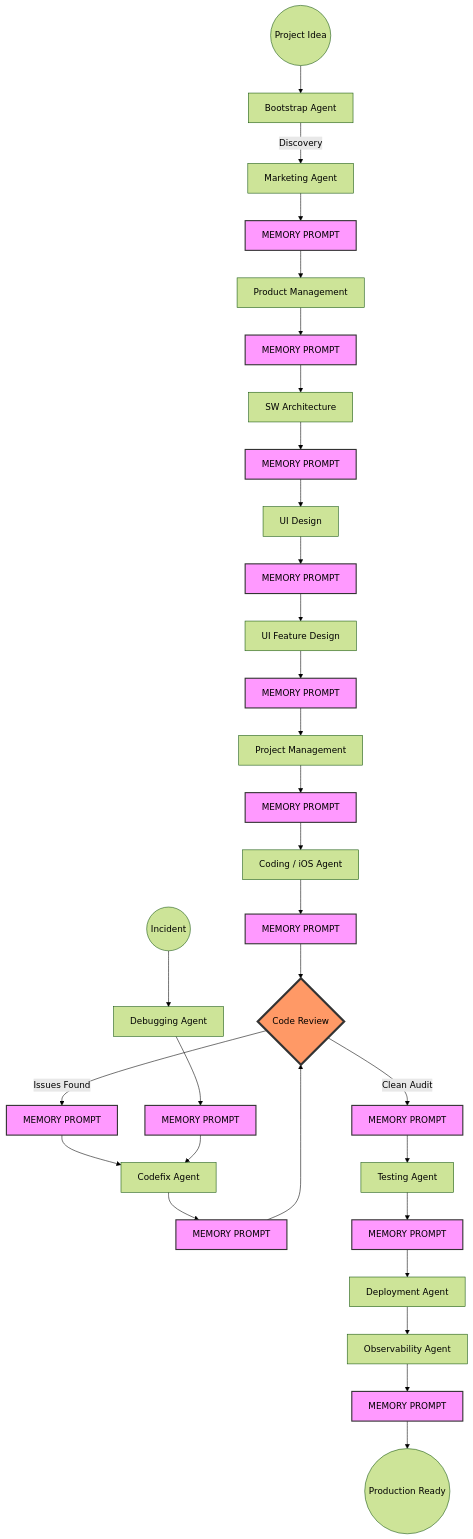
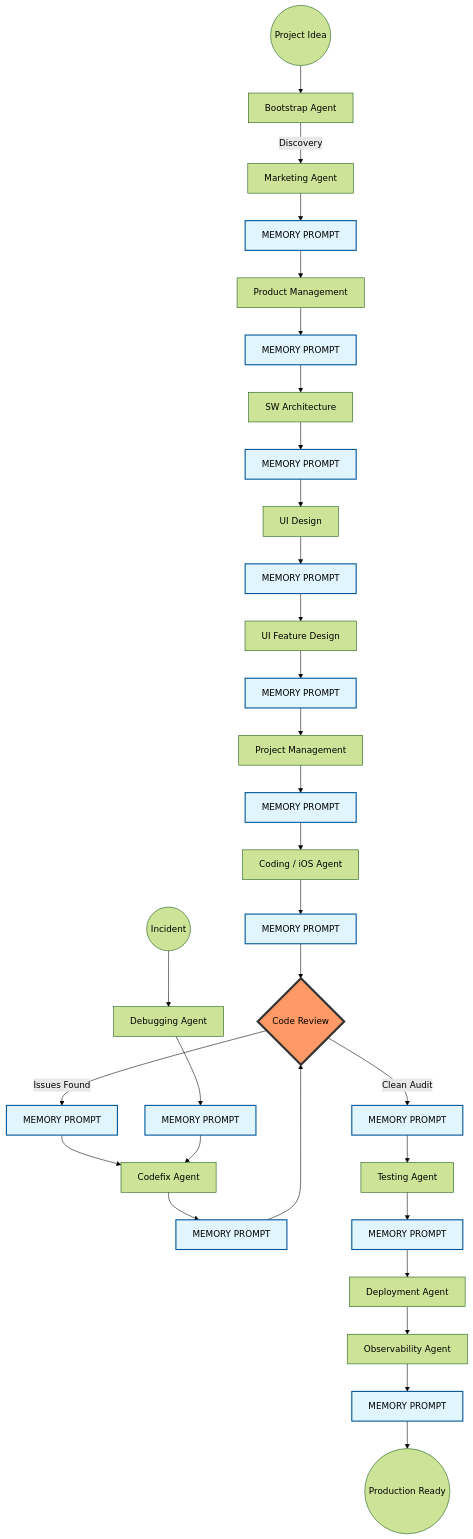
The diagram in README.md (mario-guerra/saas-squad), drawn with Mermaid (forest theme) before and after one commit.

Commit message:
Docs: Improved Mermaid diagram readability by updating memory block colors.

````diff
--- a/README.md
+++ b/README.md
@@ -42,60 +42,60 @@
 ```mermaid
 graph TD
     %% Phase 1: Strategy
     START((Project Idea)) --> BOOTSTRAP[Bootstrap Agent]
     BOOTSTRAP --> |Discovery| MKT[Marketing Agent]
     MKT --> MEM1[MEMORY PROMPT]
     MEM1 --> PM[Product Management]
     
     %% Phase 2: Design
     PM --> MEM2[MEMORY PROMPT]
     MEM2 --> ARCH[SW Architecture]
     ARCH --> MEM3[MEMORY PROMPT]
     MEM3 --> UI[UI Design]
     UI --> MEM4[MEMORY PROMPT]
     MEM4 --> FEAT[UI Feature Design]
     
     %% Phase 3: Planning & Execution
     FEAT --> MEM5[MEMORY PROMPT]
     MEM5 --> TPM[Project Management]
     TPM --> MEM6[MEMORY PROMPT]
     MEM6 --> CODE[Coding / iOS Agent]
     
     %% Phase 4: Quality Loop (The Tight Loop)
     CODE --> MEM7[MEMORY PROMPT]
     MEM7 --> REVIEW{Code Review}
     REVIEW --> |Issues Found| MEM8[MEMORY PROMPT]
     MEM8 --> FIX[Codefix Agent]
     FIX --> MEM9[MEMORY PROMPT]
     MEM9 --> REVIEW
     
     %% Phase 5: Verification & Deploy
     REVIEW --> |Clean Audit| MEM10[MEMORY PROMPT]
     MEM10 --> TEST[Testing Agent]
     TEST --> MEM11[MEMORY PROMPT]
     MEM11 --> DEPLOY[Deployment Agent]
     DEPLOY --> OBS[Observability Agent]
     OBS --> MEM_FINAL[MEMORY PROMPT]
     MEM_FINAL --> END((Production Ready))
 
     %% Debug Loop
     BUG((Incident)) --> DEBUG[Debugging Agent]
     DEBUG --> MEM_DEBUG[MEMORY PROMPT]
     MEM_DEBUG --> FIX
     
     %% Styling
-    style MEM1 fill:#f9f,stroke:#333,stroke-width:2px
-    style MEM2 fill:#f9f,stroke:#333,stroke-width:2px
-    style MEM3 fill:#f9f,stroke:#333,stroke-width:2px
-    style MEM4 fill:#f9f,stroke:#333,stroke-width:2px
-    style MEM5 fill:#f9f,stroke:#333,stroke-width:2px
-    style MEM6 fill:#f9f,stroke:#333,stroke-width:2px
-    style MEM7 fill:#f9f,stroke:#333,stroke-width:2px
-    style MEM8 fill:#f9f,stroke:#333,stroke-width:2px
-    style MEM9 fill:#f9f,stroke:#333,stroke-width:2px
-    style MEM10 fill:#f9f,stroke:#333,stroke-width:2px
-    style MEM11 fill:#f9f,stroke:#333,stroke-width:2px
-    style MEM_FINAL fill:#f9f,stroke:#333,stroke-width:2px
-    style MEM_DEBUG fill:#f9f,stroke:#333,stroke-width:2px
+    style MEM1 fill:#e1f5fe,stroke:#01579b,stroke-width:2px
+    style MEM2 fill:#e1f5fe,stroke:#01579b,stroke-width:2px
+    style MEM3 fill:#e1f5fe,stroke:#01579b,stroke-width:2px
+    style MEM4 fill:#e1f5fe,stroke:#01579b,stroke-width:2px
+    style MEM5 fill:#e1f5fe,stroke:#01579b,stroke-width:2px
+    style MEM6 fill:#e1f5fe,stroke:#01579b,stroke-width:2px
+    style MEM7 fill:#e1f5fe,stroke:#01579b,stroke-width:2px
+    style MEM8 fill:#e1f5fe,stroke:#01579b,stroke-width:2px
+    style MEM9 fill:#e1f5fe,stroke:#01579b,stroke-width:2px
+    style MEM10 fill:#e1f5fe,stroke:#01579b,stroke-width:2px
+    style MEM11 fill:#e1f5fe,stroke:#01579b,stroke-width:2px
+    style MEM_FINAL fill:#e1f5fe,stroke:#01579b,stroke-width:2px
+    style MEM_DEBUG fill:#e1f5fe,stroke:#01579b,stroke-width:2px
     style REVIEW fill:#f96,stroke:#333,stroke-width:4px
 ```
````
